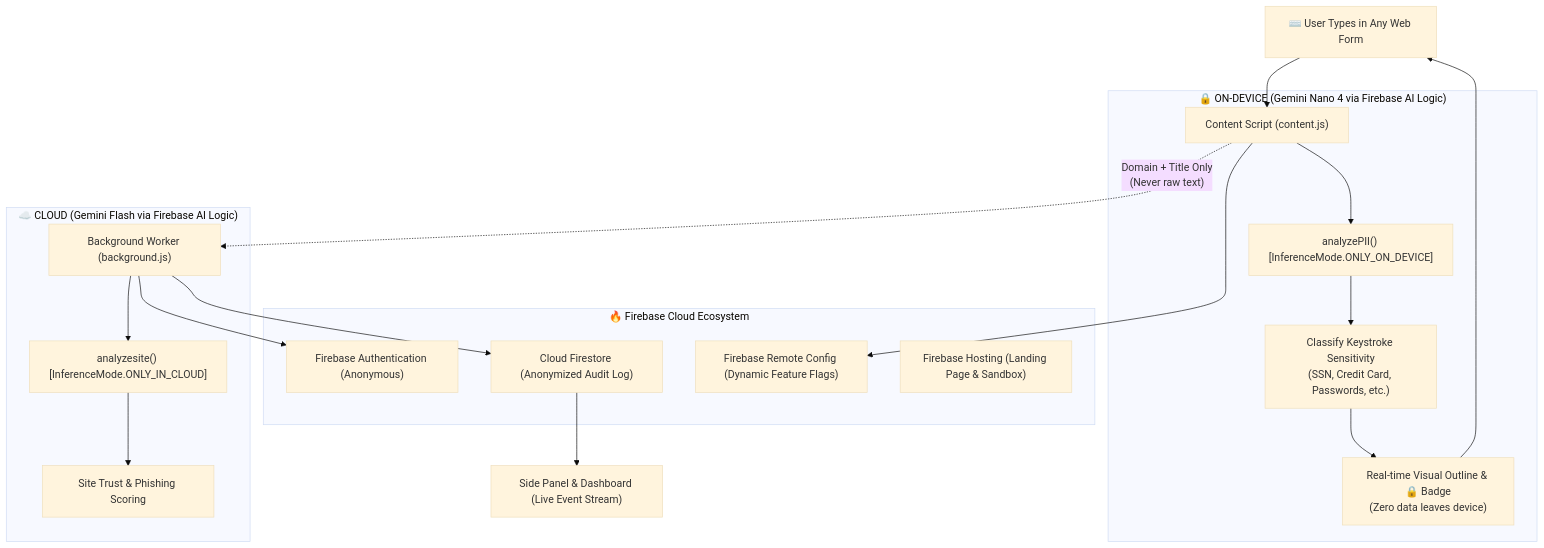
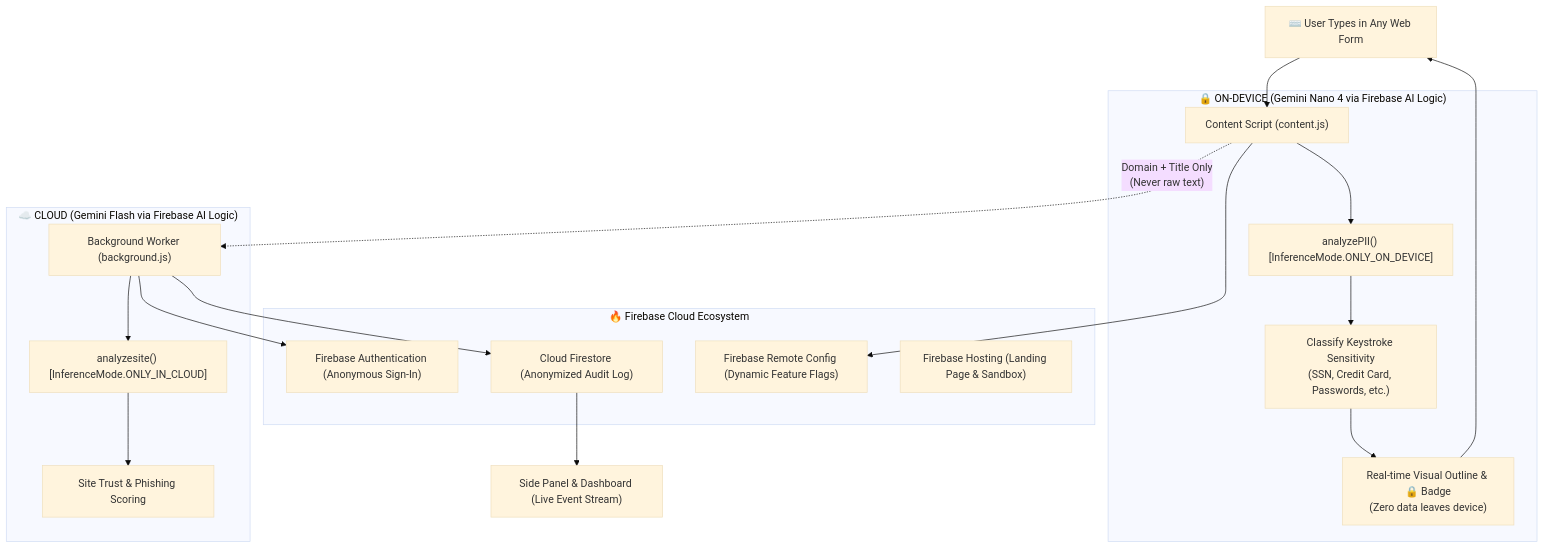
The diagram in README.md (adarsh-panicker/inputguard), drawn with Mermaid (base theme) before and after one commit. The commit also changed other lines of this file, not shown here.

Commit message:
docs: comprehensive update to README with testing guide and architecture

````diff
--- a/README.md
+++ b/README.md
@@ -53,26 +21,26 @@
 ```mermaid
 flowchart TD
     User["⌨️ User Types in Any Web Form"] --> Content["Content Script (content.js)"]
     
     subgraph OnDevice ["🔒 ON-DEVICE (Gemini Nano 4 via Firebase AI Logic)"]
         Content --> Nano["analyzePII() [InferenceMode.ONLY_ON_DEVICE]"]
         Nano --> Classify["Classify Keystroke Sensitivity\n(SSN, Credit Card, Passwords, etc.)"]
         Classify --> Badge["Real-time Visual Outline & 🔒 Badge\n(Zero data leaves device)"]
     end
 
     subgraph CloudLayer ["☁️ CLOUD (Gemini Flash via Firebase AI Logic)"]
         Content -.->|"Domain + Title Only\n(Never raw text)"| Worker["Background Worker (background.js)"]
         Worker --> Flash["analyzesite() [InferenceMode.ONLY_IN_CLOUD]"]
         Flash --> Rep["Site Trust & Phishing Scoring"]
     end
 
     subgraph FirebaseStack ["🔥 Firebase Cloud Ecosystem"]
-        Worker --> Auth["Firebase Authentication (Anonymous)"]
+        Worker --> Auth["Firebase Authentication (Anonymous Sign-In)"]
         Worker --> FS["Cloud Firestore (Anonymized Audit Log)"]
         Content --> RC["Firebase Remote Config (Dynamic Feature Flags)"]
         Hosting["Firebase Hosting (Landing Page & Sandbox)"]
     end
 
     Badge --> User
     FS --> Panel["Side Panel & Dashboard (Live Event Stream)"]
 ```
````
